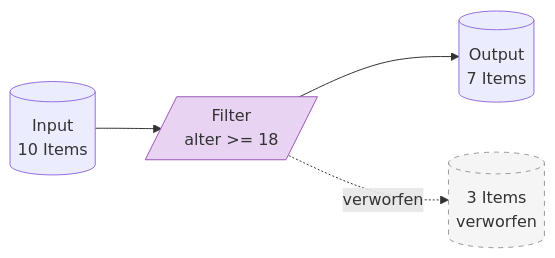
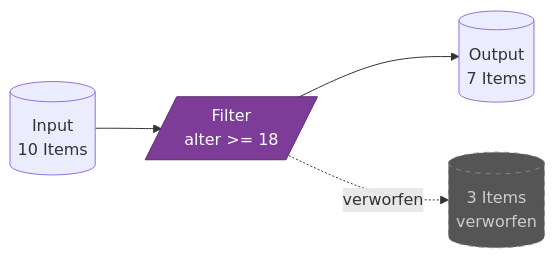
The fifth of 15 diagrams in docs/n8n_learning/n8n_Datenfluss_Kompendium_v2.md (ericleddin/m4-n8n-demos), drawn with Mermaid before and after one commit. The commit also changed other lines of this file and 4 other files, not shown here.

Commit message:
Add AI agent, LLM, and n8n developer guides; standardize Mermaid colors

````diff
--- a/docs/n8n_learning/n8n_Datenfluss_Kompendium_v2.md
+++ b/docs/n8n_learning/n8n_Datenfluss_Kompendium_v2.md
@@ -165,9 +165,9 @@
 ```mermaid
 flowchart LR
     In[("Input<br/>10 Items")] --> F[/"Filter<br/>alter >= 18"/]
     F --> Out[("Output<br/>7 Items")]
     F -.verworfen.-> Trash[("3 Items<br/>verworfen")]
 
-    style F fill:#e8d4f2,stroke:#9b59b6
-    style Trash fill:#f5f5f5,stroke:#999,stroke-dasharray: 5 5
+    style F fill:#7d3c98,stroke:#5b2c6f,color:#fff
+    style Trash fill:#555555,stroke:#888,color:#ccc,stroke-dasharray: 5 5
 ```
````
